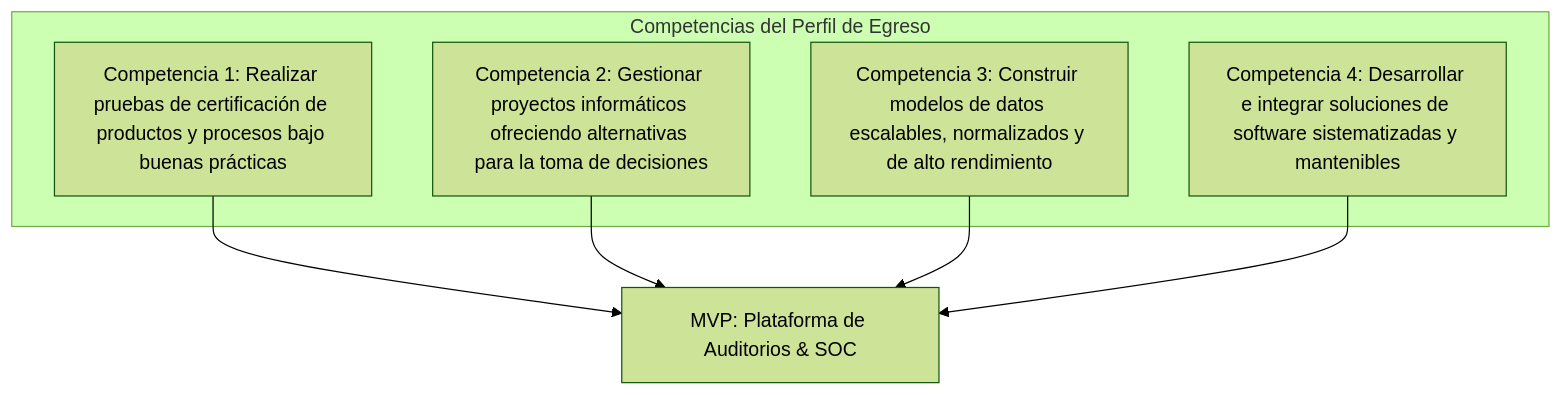
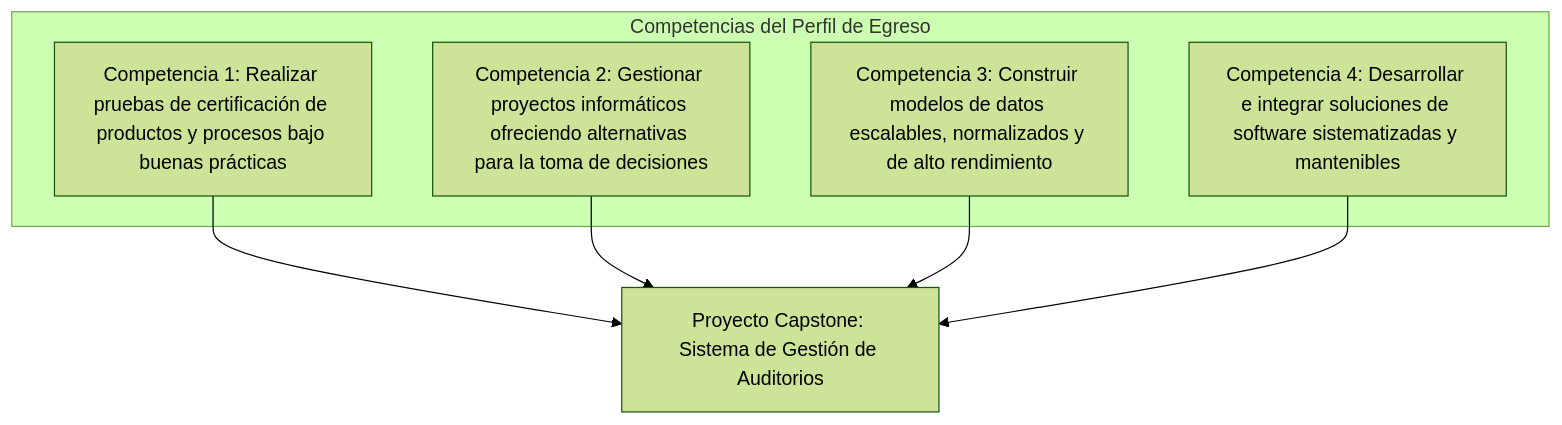
Before and after one commit to IMANDOI/sistema-gestion-auditorios-capstone: the second of 12 diagrams in informe_fase_1_definicion_proyecto.md, drawn with Mermaid (forest theme). The commit also changed other lines of this file, not shown here.

Commit message:
docs(capstone): estandarizar a Proyecto Capstone y refinar alcance de ingenieria (informe_fase_1_definicion_proyecto.md)

````diff
--- a/informe_fase_1_definicion_proyecto.md
+++ b/informe_fase_1_definicion_proyecto.md
@@ -106,13 +105,13 @@
 ```mermaid
 flowchart TD
     subgraph Competencias del Perfil de Egreso
         C1["Competencia 1: Realizar pruebas de certificación de productos y procesos bajo buenas prácticas"]
         C2["Competencia 2: Gestionar proyectos informáticos ofreciendo alternativas para la toma de decisiones"]
         C3["Competencia 3: Construir modelos de datos escalables, normalizados y de alto rendimiento"]
         C4["Competencia 4: Desarrollar e integrar soluciones de software sistematizadas y mantenibles"]
     end
-    C1 --> P["MVP: Plataforma de Auditorios & SOC"]
+    C1 --> P["Proyecto Capstone: Sistema de Gestión de Auditorios"]
     C2 --> P
     C3 --> P
     C4 --> P
 ```
````
